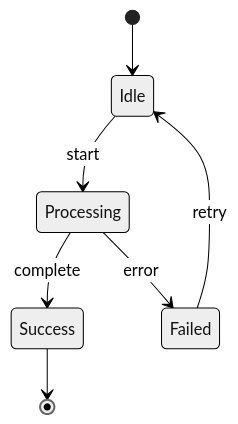
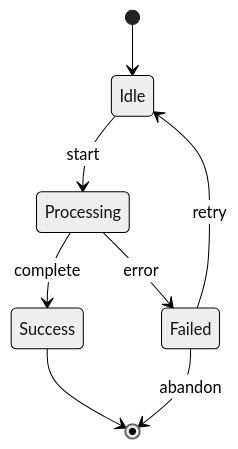
The eighth of 26 diagrams in .claude/skills/mermaid-diagram/SKILL.md (younwony/TIL), drawn with Mermaid before and after one commit. The commit also changed other lines of this file and 2 other files, not shown here.

Commit message:
docs: Mermaid 도구 안내 문서 및 CS README 목차 업데이트

````diff
--- a/.claude/skills/mermaid-diagram/SKILL.md
+++ b/.claude/skills/mermaid-diagram/SKILL.md
@@ -187,10 +402,11 @@
 ```mermaid
 %%{init: {'theme': 'neutral'}}%%
 stateDiagram-v2
     [*] --> Idle
     Idle --> Processing : start
     Processing --> Success : complete
     Processing --> Failed : error
     Success --> [*]
     Failed --> Idle : retry
+    Failed --> [*] : abandon
 ```
````
